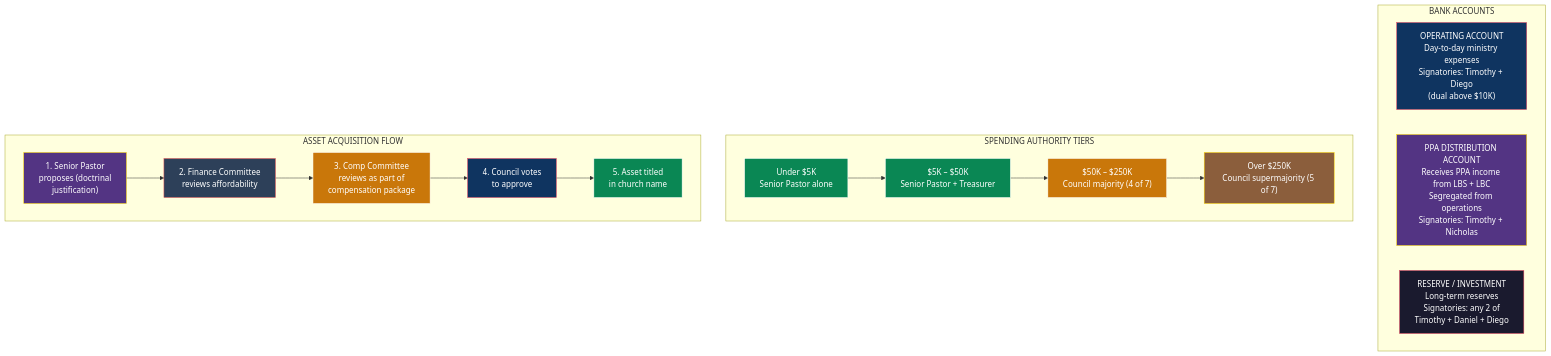
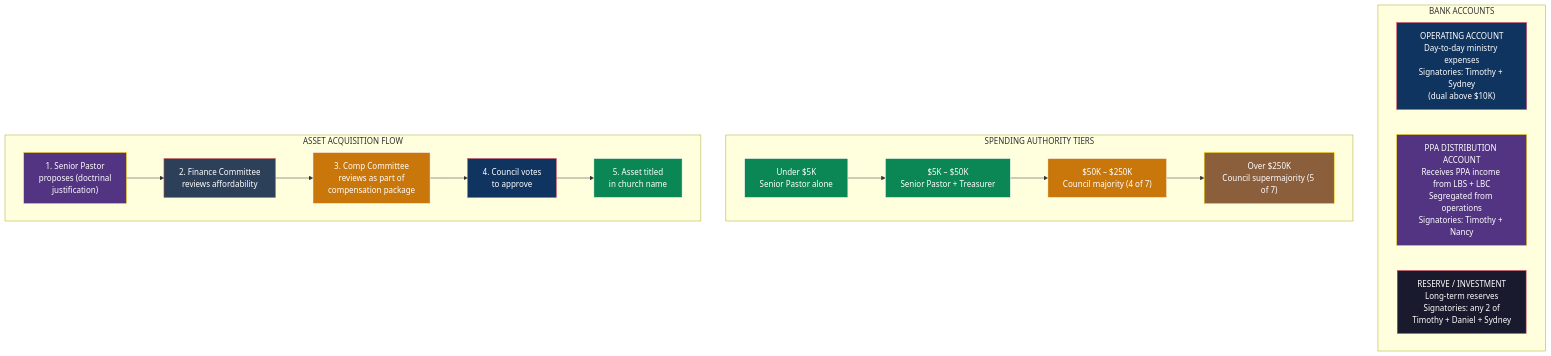
The fifth of 16 diagrams in docs/tax-structure/11-CHURCH-GOVERNANCE-STRUCTURE.md (Light-Brands/epic-center), drawn with Mermaid before and after one commit. The commit also changed other lines of this file, not shown here.

First line of the commit message:
Restructure board: Nancy replaces Nicholas, Iryna replaces Diego, Sydney to Chair

````diff
--- a/docs/tax-structure/11-CHURCH-GOVERNANCE-STRUCTURE.md
+++ b/docs/tax-structure/11-CHURCH-GOVERNANCE-STRUCTURE.md
@@ -427,39 +429,39 @@
 ```mermaid
 graph TB
     subgraph "BANK ACCOUNTS"
-        OP["OPERATING ACCOUNT<br/>Day-to-day ministry expenses<br/>Signatories: Timothy + Diego<br/>(dual above $10K)"]
-        PPA["PPA DISTRIBUTION ACCOUNT<br/>Receives PPA income from LBS + LBC<br/>Segregated from operations<br/>Signatories: Timothy + Nicholas"]
-        RES["RESERVE / INVESTMENT<br/>Long-term reserves<br/>Signatories: any 2 of<br/>Timothy + Daniel + Diego"]
+        OP["OPERATING ACCOUNT<br/>Day-to-day ministry expenses<br/>Signatories: Timothy + Sydney<br/>(dual above $10K)"]
+        PPA["PPA DISTRIBUTION ACCOUNT<br/>Receives PPA income from LBS + LBC<br/>Segregated from operations<br/>Signatories: Timothy + Nancy"]
+        RES["RESERVE / INVESTMENT<br/>Long-term reserves<br/>Signatories: any 2 of<br/>Timothy + Daniel + Sydney"]
     end
 
     subgraph "SPENDING AUTHORITY TIERS"
         T1["Under $5K<br/>Senior Pastor alone"]
         T2["$5K – $50K<br/>Senior Pastor + Treasurer"]
         T3["$50K – $250K<br/>Council majority (4 of 7)"]
         T4["Over $250K<br/>Council supermajority (5 of 7)"]
     end
 
     subgraph "ASSET ACQUISITION FLOW"
         A1["1. Senior Pastor<br/>proposes (doctrinal<br/>justification)"]
         A2["2. Finance Committee<br/>reviews affordability"]
         A3["3. Comp Committee<br/>reviews as part of<br/>compensation package"]
         A4["4. Council votes<br/>to approve"]
         A5["5. Asset titled<br/>in church name"]
     end
 
     T1 --> T2 --> T3 --> T4
     A1 --> A2 --> A3 --> A4 --> A5
 
     style OP fill:#0f3460,stroke:#e94560,color:#fff
     style PPA fill:#533483,stroke:#ffd700,color:#fff
     style RES fill:#1a1a2e,stroke:#e94560,color:#fff
     style T1 fill:#0a8754,stroke:#fff,color:#fff
     style T2 fill:#0a8754,stroke:#fff,color:#fff
     style T3 fill:#c9770a,stroke:#fff,color:#fff
     style T4 fill:#8b5e3c,stroke:#ffd700,color:#fff
     style A1 fill:#533483,stroke:#ffd700,color:#fff
     style A2 fill:#2d4059,stroke:#ea5455,color:#fff
     style A3 fill:#c9770a,stroke:#fff,color:#fff
     style A4 fill:#0f3460,stroke:#e94560,color:#fff
     style A5 fill:#0a8754,stroke:#fff,color:#fff
 ```
````
